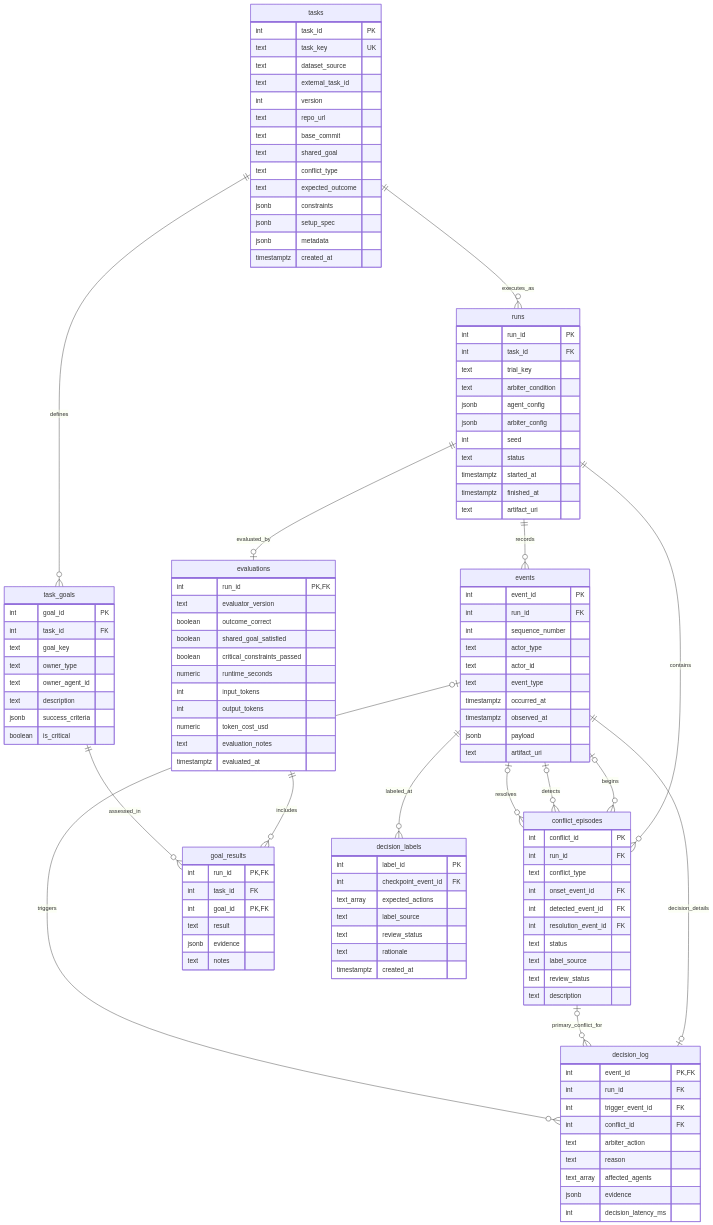
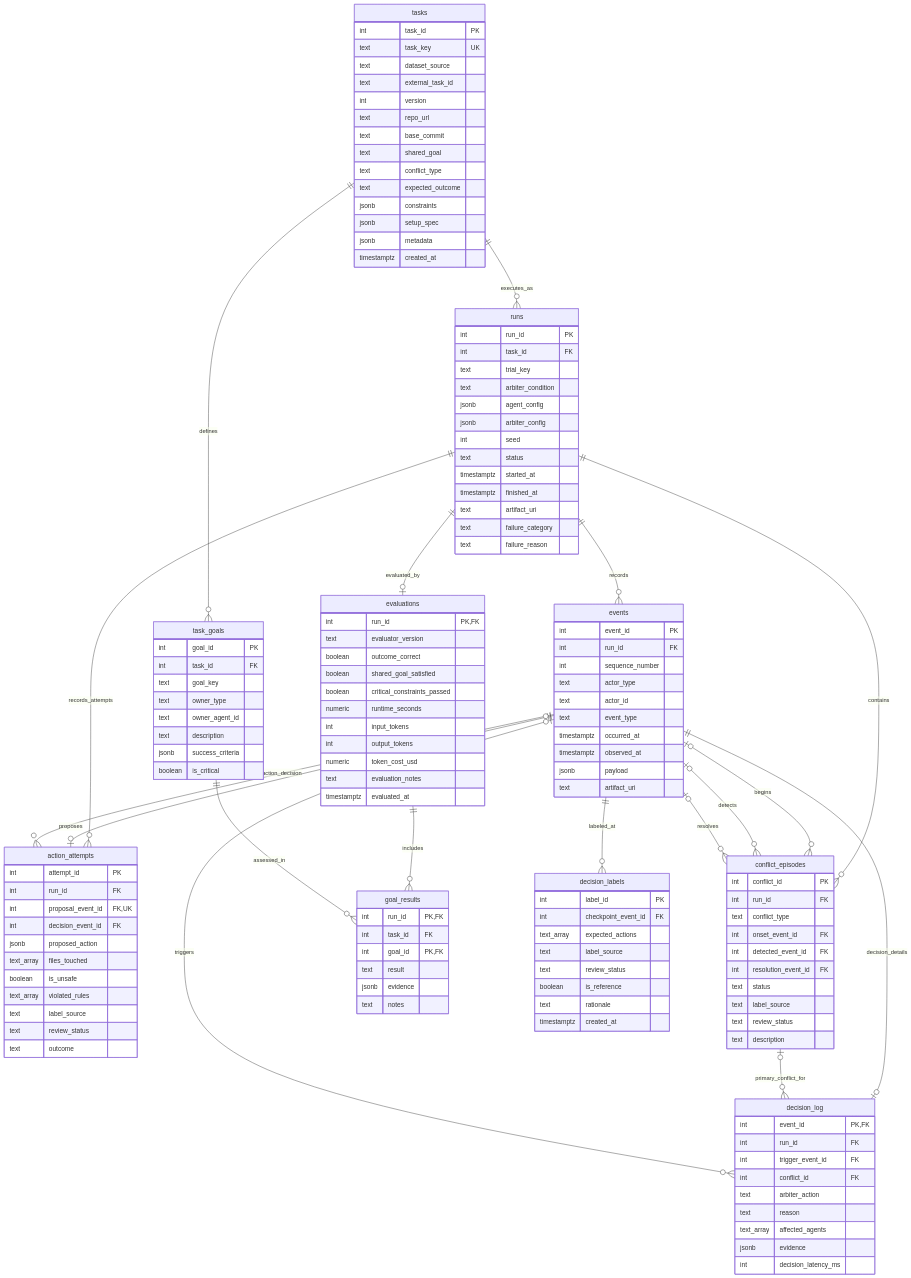
One commit to UofT-CSC490-F2026/ALIGN changed the diagram in infra/modules/database/docs/ALIGN_ERD_physical.mmd. Above: the diagram before and after it, drawn with Mermaid. The commit also changed 8 other files, not shown here.

```diff
--- a/infra/modules/database/docs/ALIGN_ERD_physical.mmd
+++ b/infra/modules/database/docs/ALIGN_ERD_physical.mmd
@@ -1,131 +1,151 @@
 erDiagram
-    %% ALIGN PostgreSQL schema v3 (physical SQL representation)
+    %% ALIGN PostgreSQL schema v4 (physical SQL representation)
     %% Crow's-foot cardinality: || = exactly one, o| = zero or one, o{ = zero or many.
 
     tasks ||--o{ task_goals : defines
     tasks ||--o{ runs : executes_as
+    runs ||--o{ action_attempts : records_attempts
+    events ||--o| action_attempts : proposes
+    events |o--o{ action_attempts : action_decision
     runs ||--o{ events : records
     events ||--o| decision_log : decision_details
     runs ||--o{ conflict_episodes : contains
     conflict_episodes |o--o{ decision_log : primary_conflict_for
     events |o--o{ decision_log : triggers
     events |o--o{ conflict_episodes : begins
     events |o--o{ conflict_episodes : detects
     events |o--o{ conflict_episodes : resolves
     runs ||--o| evaluations : evaluated_by
     evaluations ||--o{ goal_results : includes
     task_goals ||--o{ goal_results : assessed_in
     events ||--o{ decision_labels : labeled_at
 
     tasks {
         int task_id PK
         text task_key UK
         text dataset_source
         text external_task_id
         int version
         text repo_url
         text base_commit
         text shared_goal
         text conflict_type
         text expected_outcome
         jsonb constraints
         jsonb setup_spec
         jsonb metadata
         timestamptz created_at
     }
 
     task_goals {
         int goal_id PK
         int task_id FK
         text goal_key
         text owner_type
         text owner_agent_id
         text description
         jsonb success_criteria
         boolean is_critical
     }
 
     runs {
         int run_id PK
         int task_id FK
         text trial_key
         text arbiter_condition
         jsonb agent_config
         jsonb arbiter_config
         int seed
         text status
         timestamptz started_at
         timestamptz finished_at
         text artifact_uri
+        text failure_category
+        text failure_reason
     }
 
     events {
         int event_id PK
         int run_id FK
         int sequence_number
         text actor_type
         text actor_id
         text event_type
         timestamptz occurred_at
         timestamptz observed_at
         jsonb payload
         text artifact_uri
+    }
+
+    action_attempts {
+        int attempt_id PK
+        int run_id FK
+        int proposal_event_id FK,UK
+        int decision_event_id FK
+        jsonb proposed_action
+        text_array files_touched
+        boolean is_unsafe
+        text_array violated_rules
+        text label_source
+        text review_status
+        text outcome
     }
 
     decision_log {
         int event_id PK,FK
         int run_id FK
         int trigger_event_id FK
         int conflict_id FK
         text arbiter_action
         text reason
         text_array affected_agents
         jsonb evidence
         int decision_latency_ms
     }
 
     conflict_episodes {
         int conflict_id PK
         int run_id FK
         text conflict_type
         int onset_event_id FK
         int detected_event_id FK
         int resolution_event_id FK
         text status
         text label_source
         text review_status
         text description
     }
 
     evaluations {
         int run_id PK,FK
         text evaluator_version
         boolean outcome_correct
         boolean shared_goal_satisfied
         boolean critical_constraints_passed
         numeric runtime_seconds
         int input_tokens
         int output_tokens
         numeric token_cost_usd
         text evaluation_notes
         timestamptz evaluated_at
     }
 
     goal_results {
         int run_id PK,FK
         int task_id FK
         int goal_id PK,FK
         text result
         jsonb evidence
         text notes
     }
 
     decision_labels {
         int label_id PK
         int checkpoint_event_id FK
         text_array expected_actions
         text label_source
         text review_status
+        boolean is_reference
         text rationale
         timestamptz created_at
     }
```
